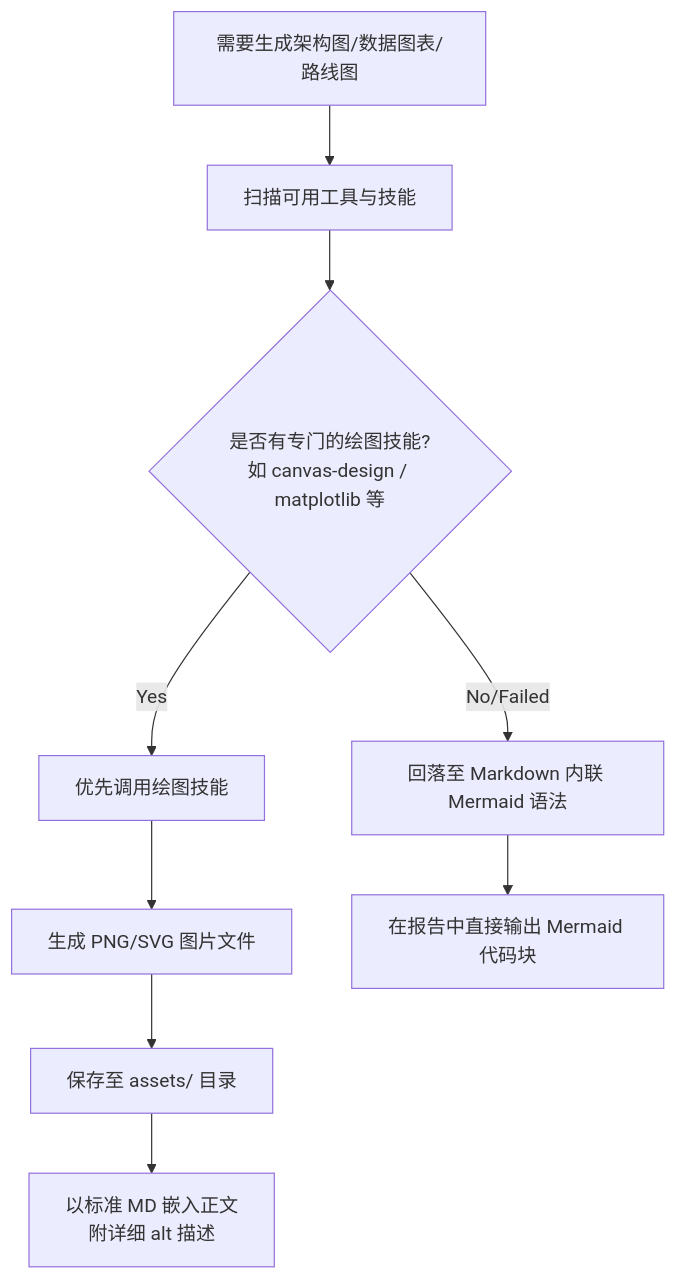
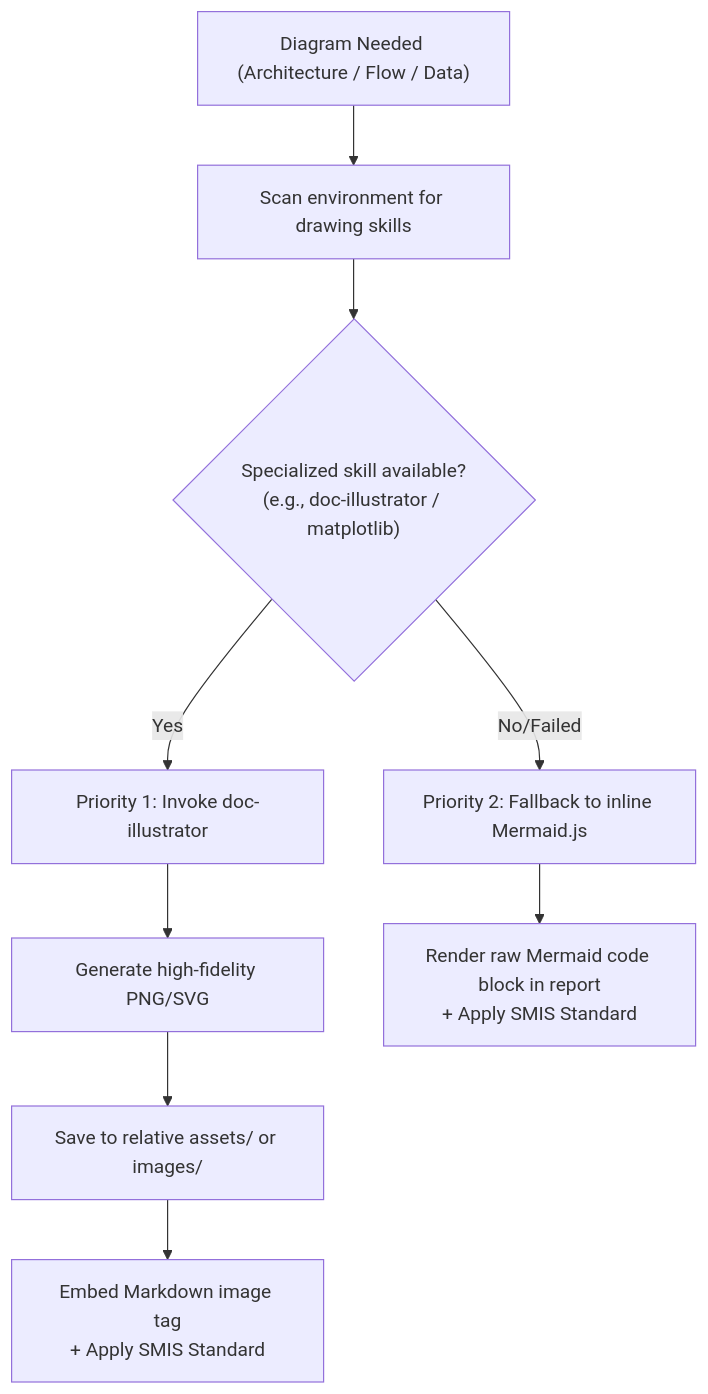
The first of 3 diagrams in skills/deep-research/references/visualization_mermaid_guide.md (jinnnyang/more-skills), drawn with Mermaid before and after one commit. The commit also changed other lines of this file and 16 other files, not shown here.

````diff
--- a/skills/deep-research/references/visualization_mermaid_guide.md
+++ b/skills/deep-research/references/visualization_mermaid_guide.md
@@ -9,13 +11,13 @@
 ```mermaid
 graph TD
-    Start[需要生成架构图/数据图表/路线图] --> Scan[扫描可用工具与技能]
-    Scan --> CheckTools{是否有专门的绘图技能?<br>如 canvas-design / matplotlib 等}
+    Start["Diagram Needed (Architecture / Flow / Data)"] --> Scan["Scan environment for drawing skills"]
+    Scan --> CheckTools{"Specialized skill available?<br>(e.g., doc-illustrator / matplotlib)"}
     
-    CheckTools -- Yes --> DrawSkill[优先调用绘图技能]
-    DrawSkill --> OutputImage[生成 PNG/SVG 图片文件]
-    OutputImage --> SaveAssets[保存至 assets/ 目录]
-    SaveAssets --> EmbedMD[以标准 MD 嵌入正文<br>附详细 alt 描述]
+    CheckTools -- Yes --> DrawSkill["Priority 1: Invoke doc-illustrator"]
+    DrawSkill --> OutputImage["Generate high-fidelity PNG/SVG"]
+    OutputImage --> SaveAssets["Save to relative assets/ or images/"]
+    SaveAssets --> EmbedMD["Embed Markdown image tag<br>+ Apply SMIS Standard"]
     
-    CheckTools -- No/Failed --> MermaidFall[回落至 Markdown 内联 Mermaid 语法]
-    MermaidFall --> RenderMD[在报告中直接输出 Mermaid 代码块]
+    CheckTools -- No/Failed --> MermaidFall["Priority 2: Fallback to inline Mermaid.js"]
+    MermaidFall --> RenderMD["Render raw Mermaid code block in report<br>+ Apply SMIS Standard"]
 ```
````
